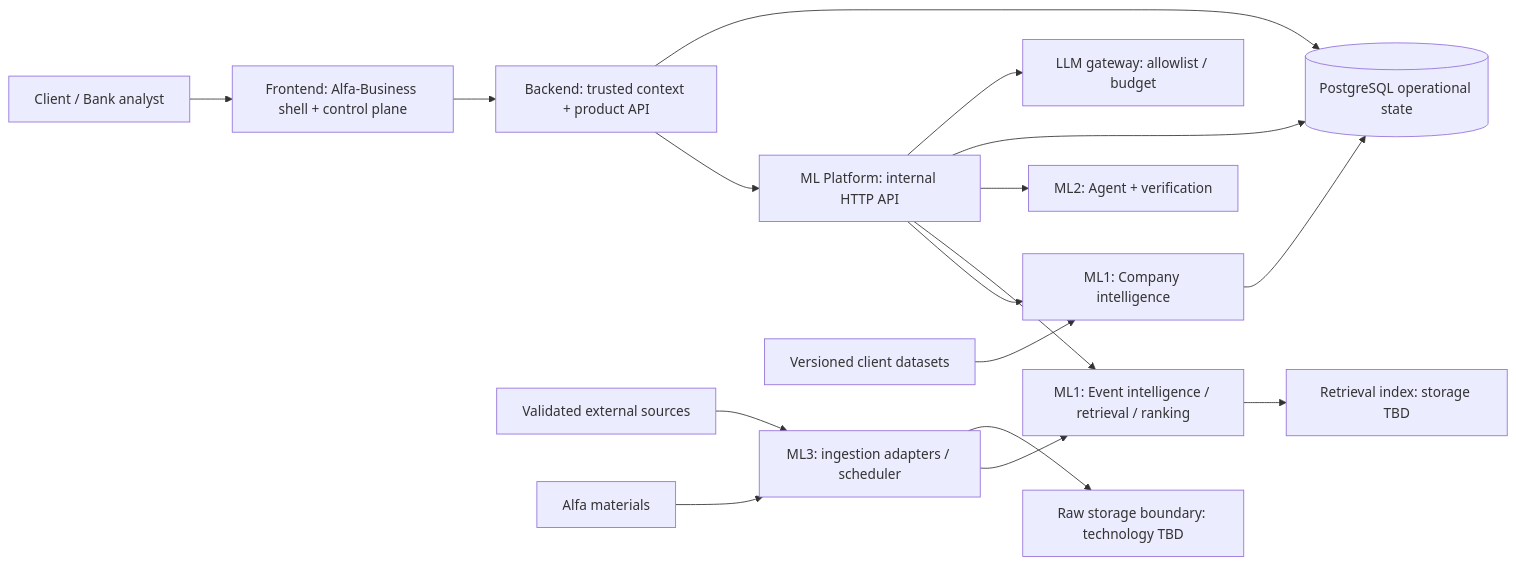
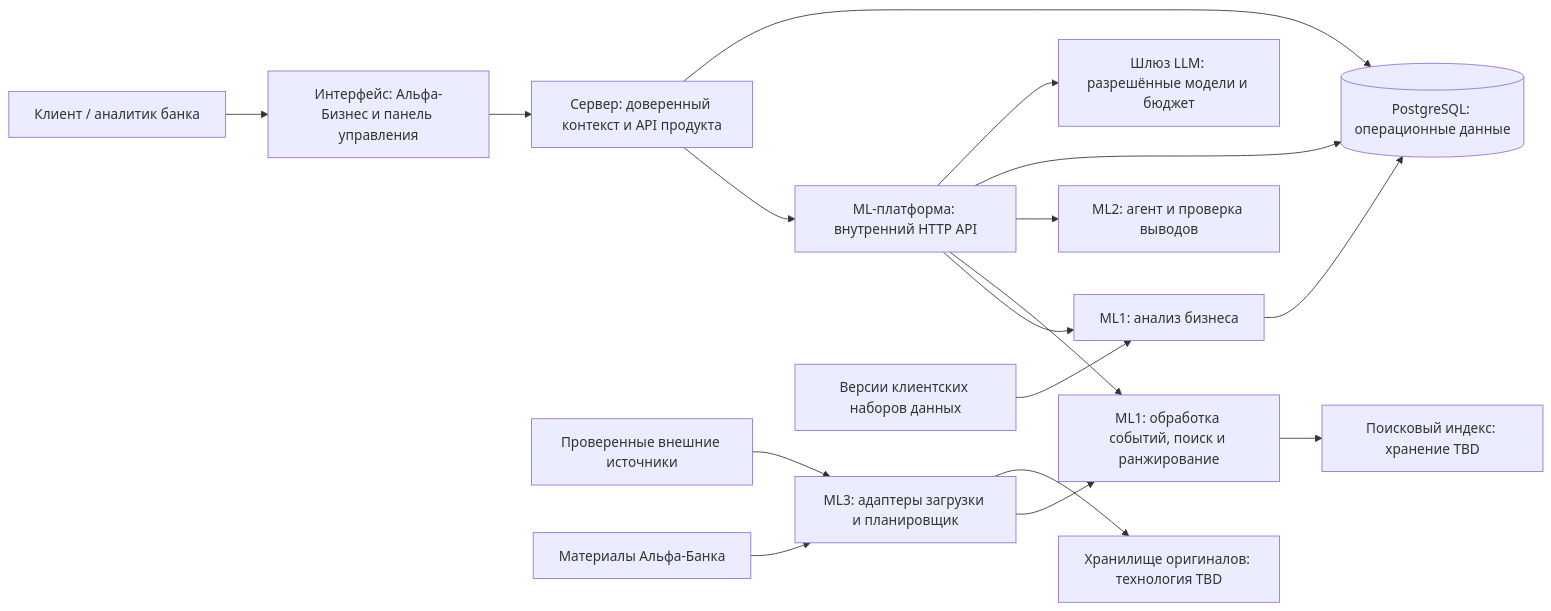
Before and after one commit to alfa-hackaton-team/burmalda: the diagram in docs/architecture/architecture.md, drawn with Mermaid. The commit also changed other lines of this file and 19 other files, not shown here.

````diff
--- a/docs/architecture/architecture.md
+++ b/docs/architecture/architecture.md
@@ -9,19 +9,19 @@
 ```mermaid
 flowchart LR
-  U[Client / Bank analyst] --> F[Frontend: Alfa-Business shell + control plane]
-  F --> B[Backend: trusted context + product API]
-  B --> M[ML Platform: internal HTTP API]
-  M --> C[ML1: Company intelligence]
-  M --> R[ML1: Event intelligence / retrieval / ranking]
-  M --> A[ML2: Agent + verification]
-  I[ML3: ingestion adapters / scheduler] --> R
-  X[Validated external sources] --> I
-  L[Alfa materials] --> I
-  D[Versioned client datasets] --> C
-  C --> P[(PostgreSQL operational state)]
+  U[Клиент / аналитик банка] --> F[Интерфейс: Альфа-Бизнес и панель управления]
+  F --> B[Сервер: доверенный контекст и API продукта]
+  B --> M[ML-платформа: внутренний HTTP API]
+  M --> C[ML1: анализ бизнеса]
+  M --> R[ML1: обработка событий, поиск и ранжирование]
+  M --> A[ML2: агент и проверка выводов]
+  I[ML3: адаптеры загрузки и планировщик] --> R
+  X[Проверенные внешние источники] --> I
+  L[Материалы Альфа-Банка] --> I
+  D[Версии клиентских наборов данных] --> C
+  C --> P[(PostgreSQL: операционные данные)]
   B --> P
   M --> P
-  I --> W[Raw storage boundary: technology TBD]
-  M --> G[LLM gateway: allowlist / budget]
-  R --> V[Retrieval index: storage TBD]
+  I --> W[Хранилище оригиналов: технология TBD]
+  M --> G[Шлюз LLM: разрешённые модели и бюджет]
+  R --> V[Поисковый индекс: хранение TBD]
 ```
````
